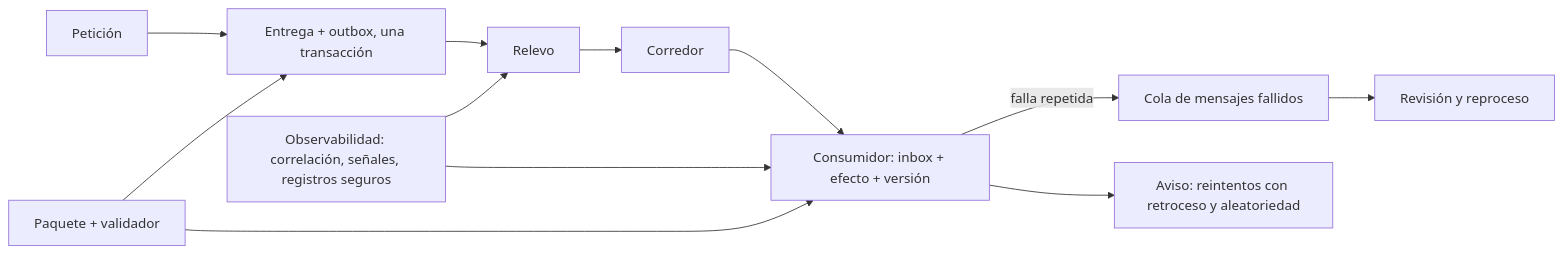
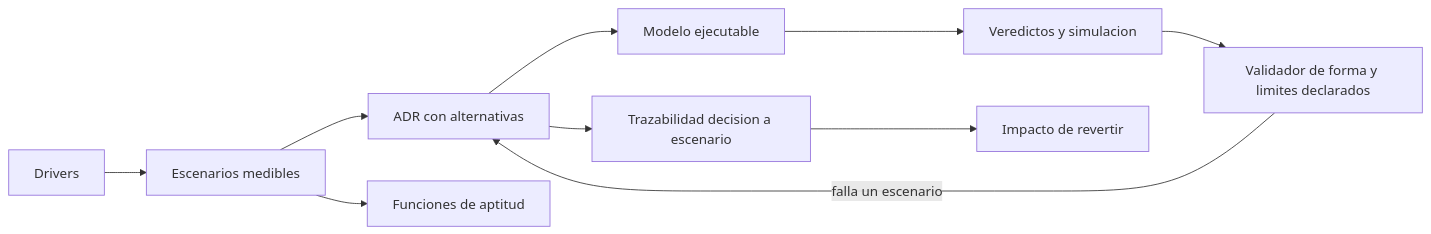
Before and after one commit to vladimiracunadev-create/modern-software-engineering-program: the diagram in content/part-27/SE-336.md, drawn with Mermaid. The commit also changed other lines of this file and 5193 other files, not shown here.

````diff
--- a/content/part-27/SE-336.md
+++ b/content/part-27/SE-336.md
@@ -55,14 +54,12 @@
 ```mermaid
 flowchart LR
-    A[Petición] --> B[Entrega + outbox, una transacción]
-    B --> C[Relevo]
-    C --> D[Corredor]
-    D --> E[Consumidor: inbox + efecto + versión]
-    E -->|falla repetida| F[Cola de mensajes fallidos]
-    E --> G[Aviso: reintentos con retroceso y aleatoriedad]
-    F --> H[Revisión y reproceso]
-    I[Paquete + validador] --> B
-    I --> E
-    J[Observabilidad: correlación, señales, registros seguros] --> C
-    J --> E
+    D[Drivers] --> S[Escenarios medibles]
+    S --> A[ADR con alternativas]
+    A --> M[Modelo ejecutable]
+    M --> V[Veredictos y simulacion]
+    S --> F[Funciones de aptitud]
+    A --> T[Trazabilidad decision a escenario]
+    T --> I[Impacto de revertir]
+    V --> L[Validador de forma y limites declarados]
+    L -->|falla un escenario| A
 ```
````
